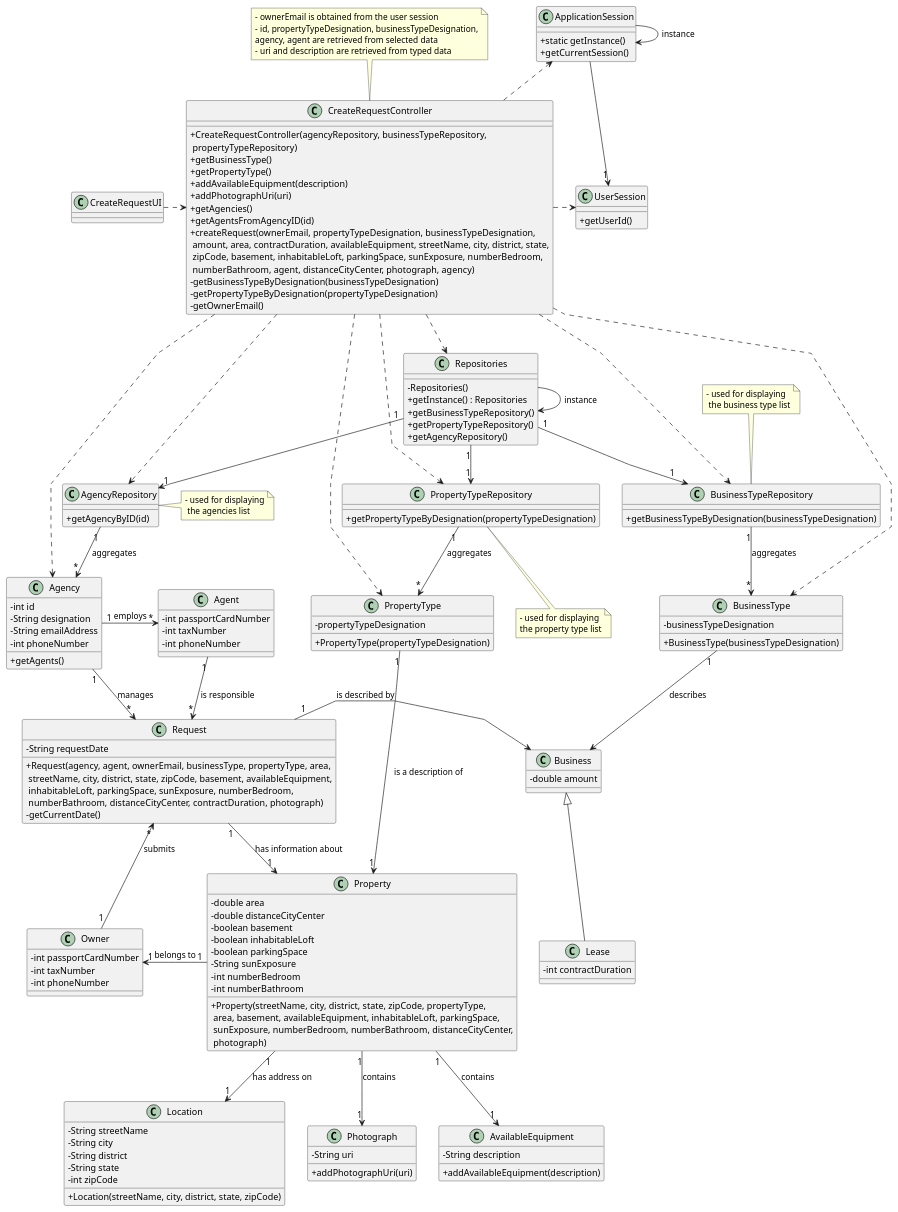
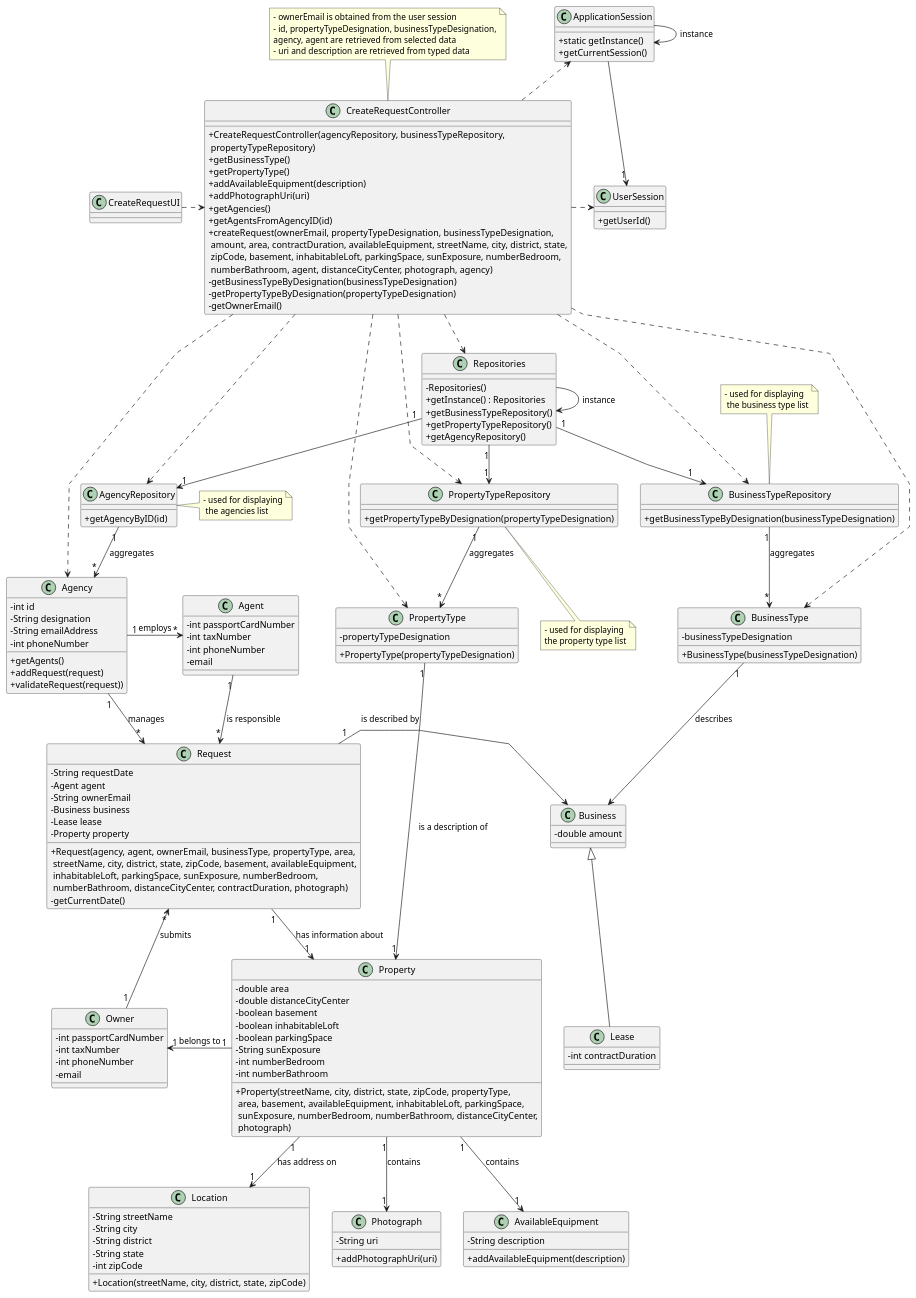
The diagram in docs/sprintB/us004/03.design/puml/us004-class-diagram.puml (rita-barbosa/LAPR2-2223), drawn with PlantUML before and after one commit.

Commit message:
class diagram update [UC-04] [Design]

```diff
--- a/docs/sprintB/us004/03.design/puml/us004-class-diagram.puml
+++ b/docs/sprintB/us004/03.design/puml/us004-class-diagram.puml
@@ -14,6 +14,7 @@
     - int passportCardNumber
     - int taxNumber
     - int phoneNumber
+    - email
 }
 
 class CreateRequestUI {}
@@ -81,12 +82,15 @@
     - String emailAddress
     - int phoneNumber
     + getAgents()
+    + addRequest(request)
+    + validateRequest(request))
 }
 
 class Agent {
     - int passportCardNumber
     - int taxNumber
     - int phoneNumber
+    - email
 }
 
 class Repositories {
@@ -141,6 +145,11 @@
 
 class Request{
     - String requestDate
+    - Agent agent
+    - String ownerEmail
+    - Business business
+    - Lease lease
+    - Property property
     + Request(agency, agent, ownerEmail, businessType, propertyType, area,\n streetName, city, district, state, zipCode, basement, availableEquipment,\n inhabitableLoft, parkingSpace, sunExposure, numberBedroom,\n numberBathroom, distanceCityCenter, contractDuration, photograph)
     - getCurrentDate()
 }
```
